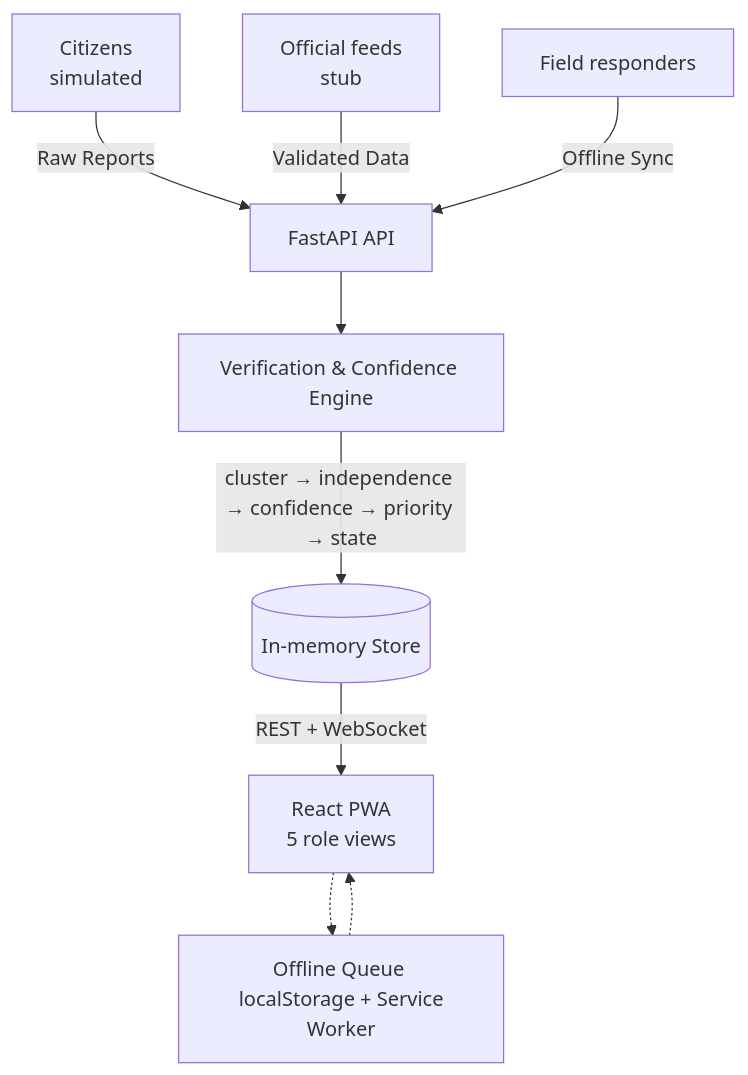
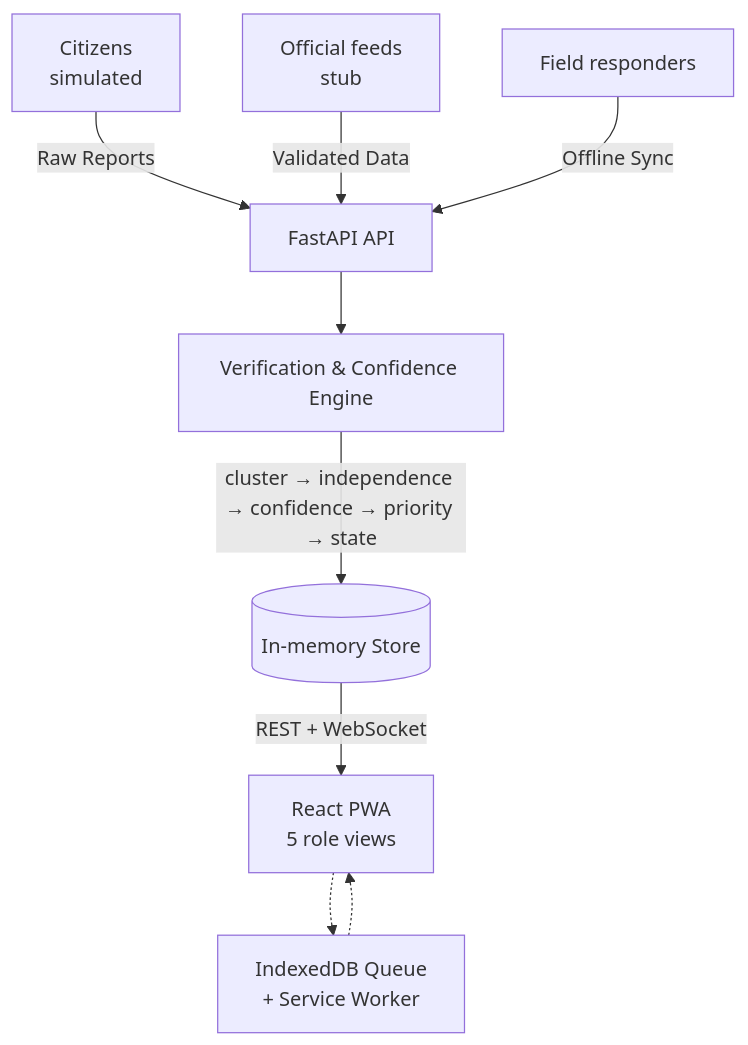
The diagram in README.md (26sakthi/A-Field-Ready-Prototype-for-Public-Transport-Authority-Communicating-Service-Disruptions), drawn with Mermaid before and after one commit. The commit also changed other lines of this file and 2 other files, not shown here.

````diff
--- a/README.md
+++ b/README.md
@@ -49,11 +53,11 @@
 ```mermaid
 graph TD;
     Citizens[Citizens <br> simulated] -->|Raw Reports| API[FastAPI API];
     Official[Official feeds <br> stub] -->|Validated Data| API;
     Field[Field responders] -->|Offline Sync| API;
     API --> Engine[Verification & Confidence Engine];
     Engine -->|cluster → independence → confidence → priority → state| Store[(In-memory Store)];
     Store -->|REST + WebSocket| PWA[React PWA <br> 5 role views];
-    PWA -.-> Offline[Offline Queue <br> localStorage + Service Worker];
+    PWA -.-> Offline[IndexedDB Queue <br> + Service Worker];
     Offline -.-> PWA;
 ```
````
